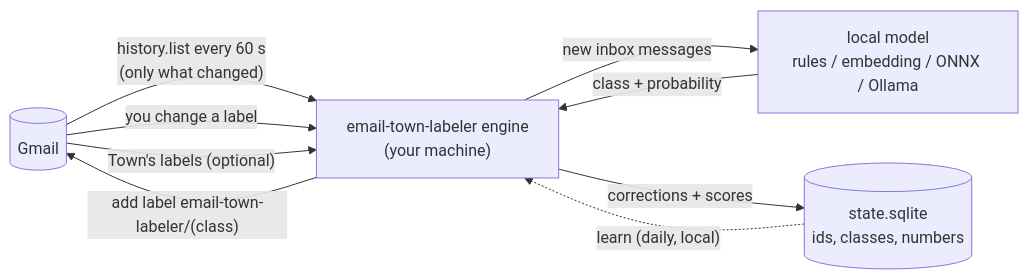
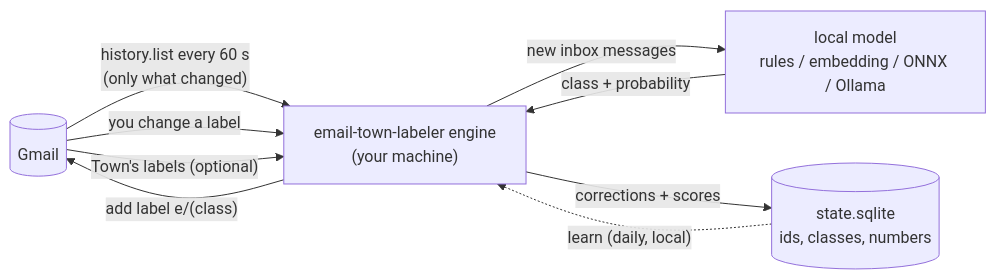
Before and after one commit to scamai/email-town-labeler: the diagram in README.md, drawn with Mermaid. The commit also changed other lines of this file and 20 other files, not shown here.

````diff
--- a/README.md
+++ b/README.md
@@ -391,11 +392,11 @@
 ```mermaid
 flowchart LR
   G[("Gmail")] -- "history.list every 60 s<br/>(only what changed)" --> E["email-town-labeler engine<br/>(your machine)"]
   E -- "new inbox messages" --> M["local model<br/>rules / embedding / ONNX / Ollama"]
   M -- "class + probability" --> E
-  E -- "add label email-town-labeler/(class)" --> G
+  E -- "add label e/(class)" --> G
   G -- "you change a label" --> E
   G -- "Town's labels (optional)" --> E
   E -- "corrections + scores" --> DB[("state.sqlite<br/>ids, classes, numbers")]
   DB -. "learn (daily, local)" .-> E
 ```
````
